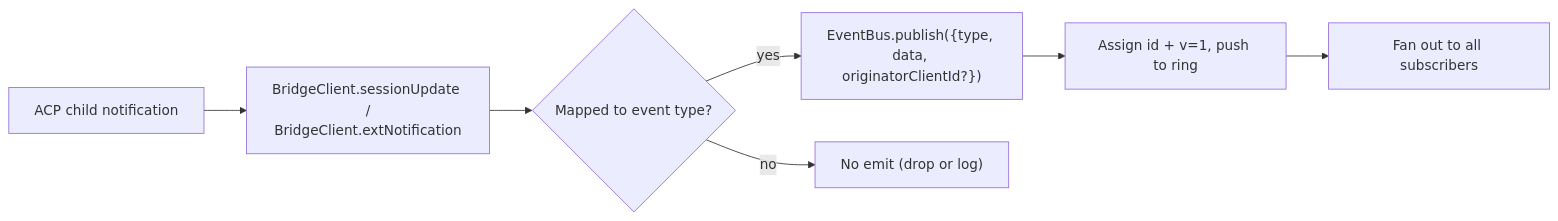
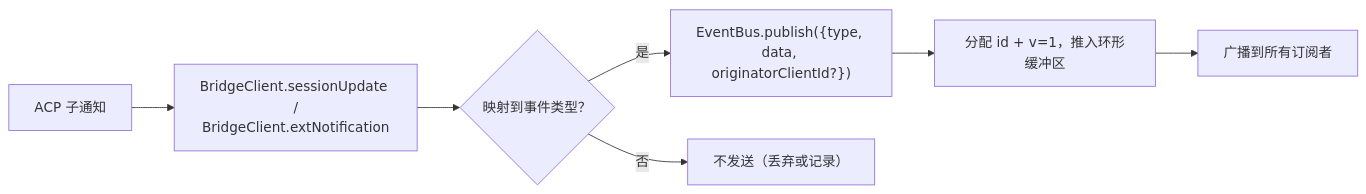
The first of 2 diagrams in website/content/zh/developers/daemon/09-event-schema.md (QwenLM/qwen-code-docs), drawn with Mermaid before and after one commit. The commit also changed other lines of this file and 1077 other files, not shown here.

````diff
--- a/website/content/zh/developers/daemon/09-event-schema.md
+++ b/website/content/zh/developers/daemon/09-event-schema.md
@@ -168,9 +167,9 @@
 ```mermaid
 flowchart LR
-    A["ACP child notification"] --> B["BridgeClient.sessionUpdate /<br/>BridgeClient.extNotification"]
-    B --> C{"Mapped to event type?"}
-    C -->|yes| D["EventBus.publish({type, data, originatorClientId?})"]
-    C -->|no| E["No emit (drop or log)"]
-    D --> F["Assign id + v=1, push to ring"]
-    F --> G["Fan out to all subscribers"]
+    A["ACP 子通知"] --> B["BridgeClient.sessionUpdate /<br/>BridgeClient.extNotification"]
+    B --> C{"映射到事件类型？"}
+    C -->|是| D["EventBus.publish({type, data, originatorClientId?})"]
+    C -->|否| E["不发送（丢弃或记录）"]
+    D --> F["分配 id + v=1，推入环形缓冲区"]
+    F --> G["广播到所有订阅者"]
 ```
````
